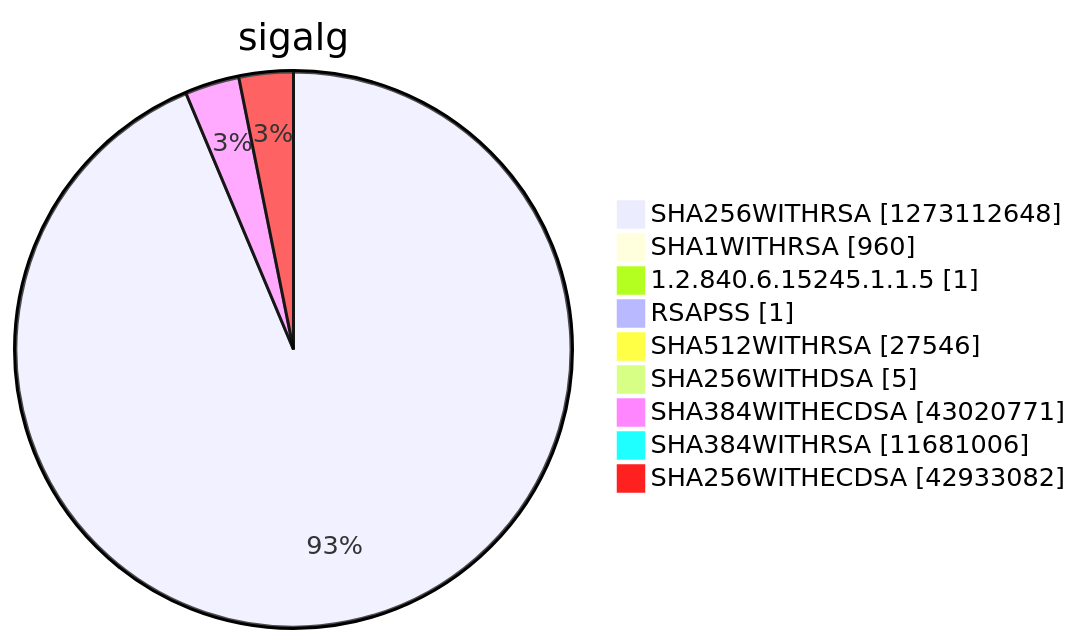
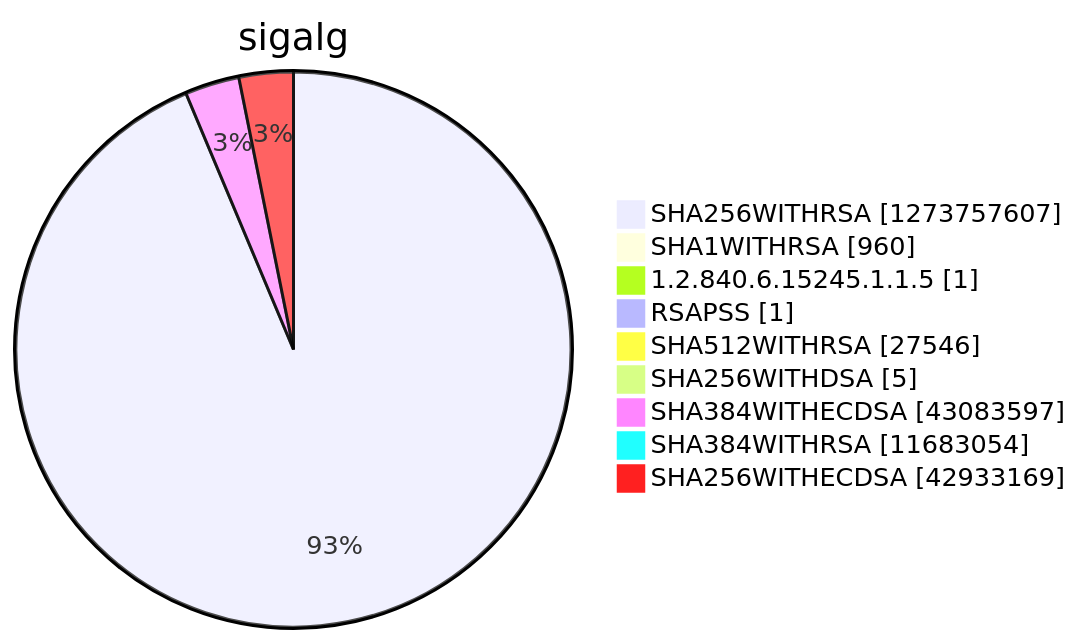
Before and after one commit to christiankrug/ctmonitor_visualization: diagram 15 of 15 in argon2022/README.md, drawn with Mermaid. The commit also changed other lines of this file, not shown here.

````diff
--- a/argon2022/README.md
+++ b/argon2022/README.md
@@ -5522,13 +5522,13 @@
 ```mermaid
 pie showData
 title sigalg
-"SHA256WITHRSA" :1273112648
+"SHA256WITHRSA" :1273757607
 "SHA1WITHRSA" :960
 "1.2.840.6.15245.1.1.5" :1
 "RSAPSS" :1
 "SHA512WITHRSA" :27546
 "SHA256WITHDSA" :5
-"SHA384WITHECDSA" :43020771
-"SHA384WITHRSA" :11681006
-"SHA256WITHECDSA" :42933082
+"SHA384WITHECDSA" :43083597
+"SHA384WITHRSA" :11683054
+"SHA256WITHECDSA" :42933169
 ```
````
